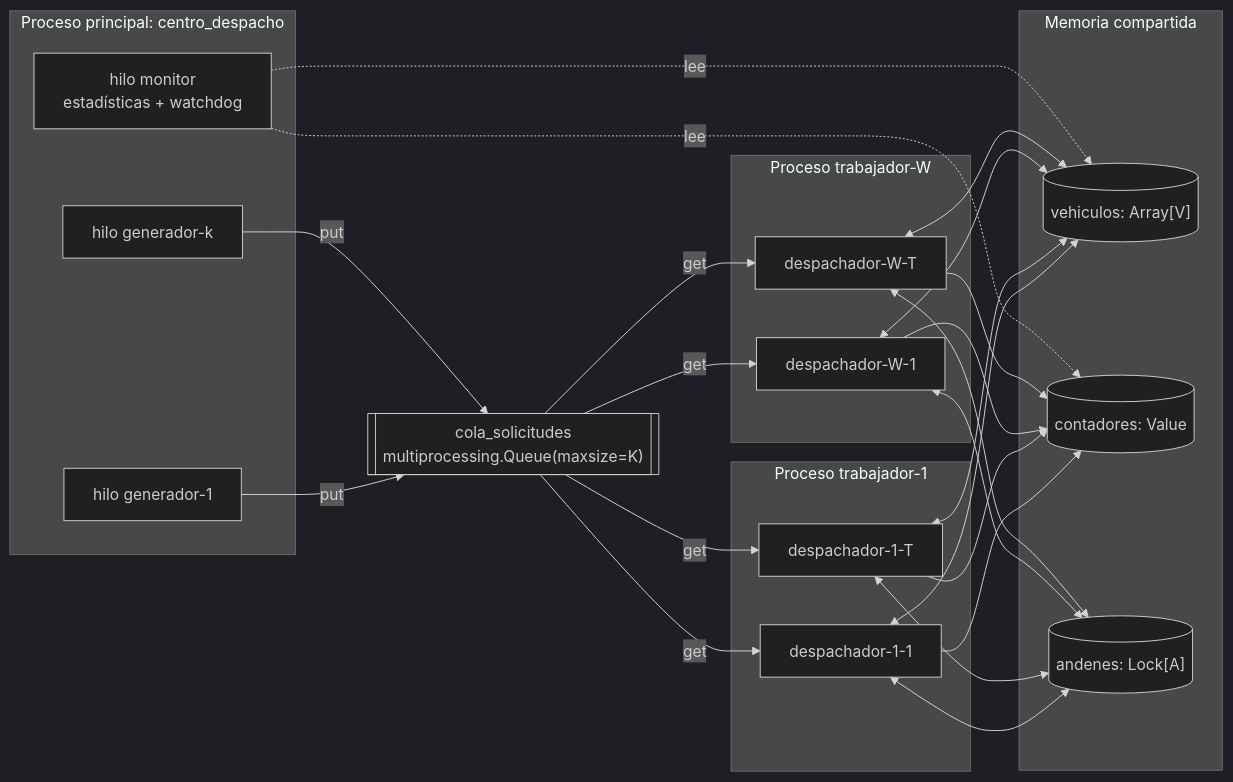
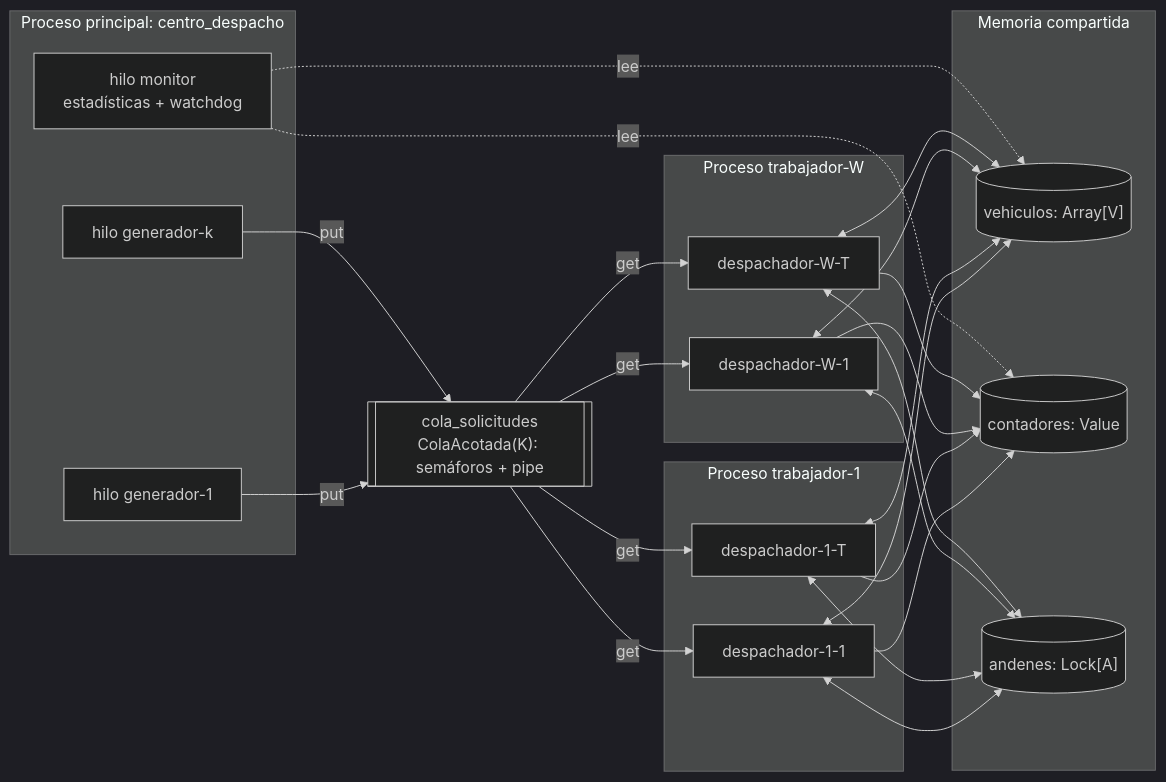
The first of 3 diagrams in docs/BITACORA_TECNICA.md (edwarfonseca/proyecto_os_primer_50), drawn with Mermaid (dark theme) before and after one commit. The commit also changed other lines of this file and 64 other files, not shown here.

````diff
--- a/docs/BITACORA_TECNICA.md
+++ b/docs/BITACORA_TECNICA.md
@@ -94,30 +95,30 @@
 ```mermaid
 flowchart LR
     subgraph P["Proceso principal: centro_despacho"]
         G1["hilo generador-1"]
         G2["hilo generador-k"]
         M["hilo monitor<br/>estadísticas + watchdog"]
     end
-    Q[["cola_solicitudes<br/>multiprocessing.Queue(maxsize=K)"]]
+    Q[["cola_solicitudes<br/>ColaAcotada(K): semáforos + pipe"]]
     subgraph SHM["Memoria compartida"]
         V[("vehiculos: Array[V]")]
         C[("contadores: Value")]
         A[("andenes: Lock[A]")]
     end
     subgraph W1["Proceso trabajador-1"]
         D11["despachador-1-1"]
         D12["despachador-1-T"]
     end
     subgraph W2["Proceso trabajador-W"]
         D21["despachador-W-1"]
         D22["despachador-W-T"]
     end
     G1 -- put --> Q
     G2 -- put --> Q
     Q -- get --> D11 & D12 & D21 & D22
     D11 & D12 & D21 & D22 <--> V
     D11 & D12 & D21 & D22 <--> A
     D11 & D12 & D21 & D22 --> C
     M -. lee .-> C
     M -. lee .-> V
 ```
````
